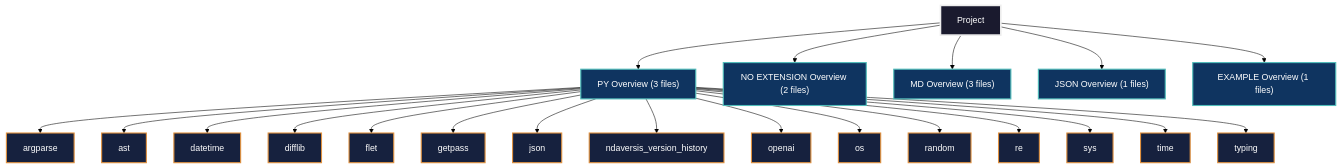
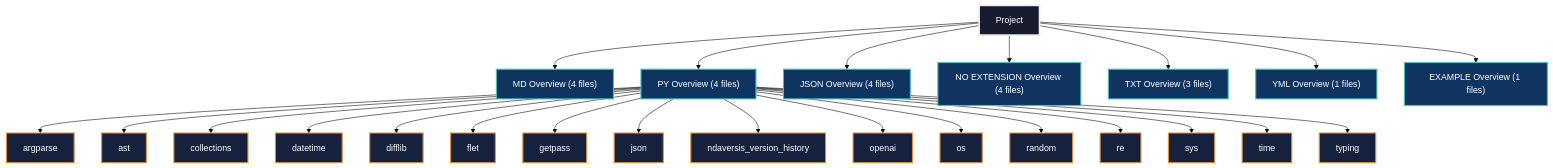
One commit to lystwork/ndaversis changed the fourth of 7 diagrams in readme.md. Above: the diagram before and after it, drawn with Mermaid (forest theme). The commit also changed other lines of this file and 4 other files, not shown here.

````diff
--- a/readme.md
+++ b/readme.md
@@ -375,51 +442,57 @@
 ```mermaid
 graph TD
-    Project --> lang_PY["PY Overview (3 files)"]
+    Project --> lang_MD["MD Overview (4 files)"]
+    Project --> lang_PY["PY Overview (4 files)"]
     lang_PY --> dep_argparse["argparse"]
     lang_PY --> dep_ast["ast"]
+    lang_PY --> dep_collections["collections"]
     lang_PY --> dep_datetime["datetime"]
     lang_PY --> dep_difflib["difflib"]
     lang_PY --> dep_flet["flet"]
     lang_PY --> dep_getpass["getpass"]
     lang_PY --> dep_json["json"]
     lang_PY --> dep_ndaversis_version_history["ndaversis_version_history"]
     lang_PY --> dep_openai["openai"]
     lang_PY --> dep_os["os"]
     lang_PY --> dep_random["random"]
     lang_PY --> dep_re["re"]
     lang_PY --> dep_sys["sys"]
     lang_PY --> dep_time["time"]
     lang_PY --> dep_typing["typing"]
-    Project --> lang_NO_EXTENSION["NO EXTENSION Overview (2 files)"]
-    Project --> lang_MD["MD Overview (3 files)"]
-    Project --> lang_JSON["JSON Overview (1 files)"]
+    Project --> lang_JSON["JSON Overview (4 files)"]
+    Project --> lang_NO_EXTENSION["NO EXTENSION Overview (4 files)"]
+    Project --> lang_TXT["TXT Overview (3 files)"]
+    Project --> lang_YML["YML Overview (1 files)"]
     Project --> lang_EXAMPLE["EXAMPLE Overview (1 files)"]
 
 %% Dark mode styling
 classDef projectNode fill:#1a1a2e,stroke:#eee,stroke-width:3px,color:#fff
 classDef langNode fill:#0f3460,stroke:#4fbdba,stroke-width:2px,color:#fff
 classDef depNode fill:#16213e,stroke:#e0913f,stroke-width:2px,color:#fff
 classDef stdLibNode fill:#2d033b,stroke:#4caf50,stroke-width:2px,color:#fff
 
 class Project projectNode
+class lang_MD langNode
 class lang_PY langNode
 class dep_argparse depNode
 class dep_ast depNode
+class dep_collections depNode
 class dep_datetime depNode
 class dep_difflib depNode
 class dep_flet depNode
 class dep_getpass depNode
 class dep_json depNode
 class dep_ndaversis_version_history depNode
 class dep_openai depNode
 class dep_os depNode
 class dep_random depNode
 class dep_re depNode
 class dep_sys depNode
 class dep_time depNode
 class dep_typing depNode
+class lang_JSON langNode
 class lang_NO_EXTENSION langNode
-class lang_MD langNode
-class lang_JSON langNode
+class lang_TXT langNode
+class lang_YML langNode
 class lang_EXAMPLE langNode
 ```
````
